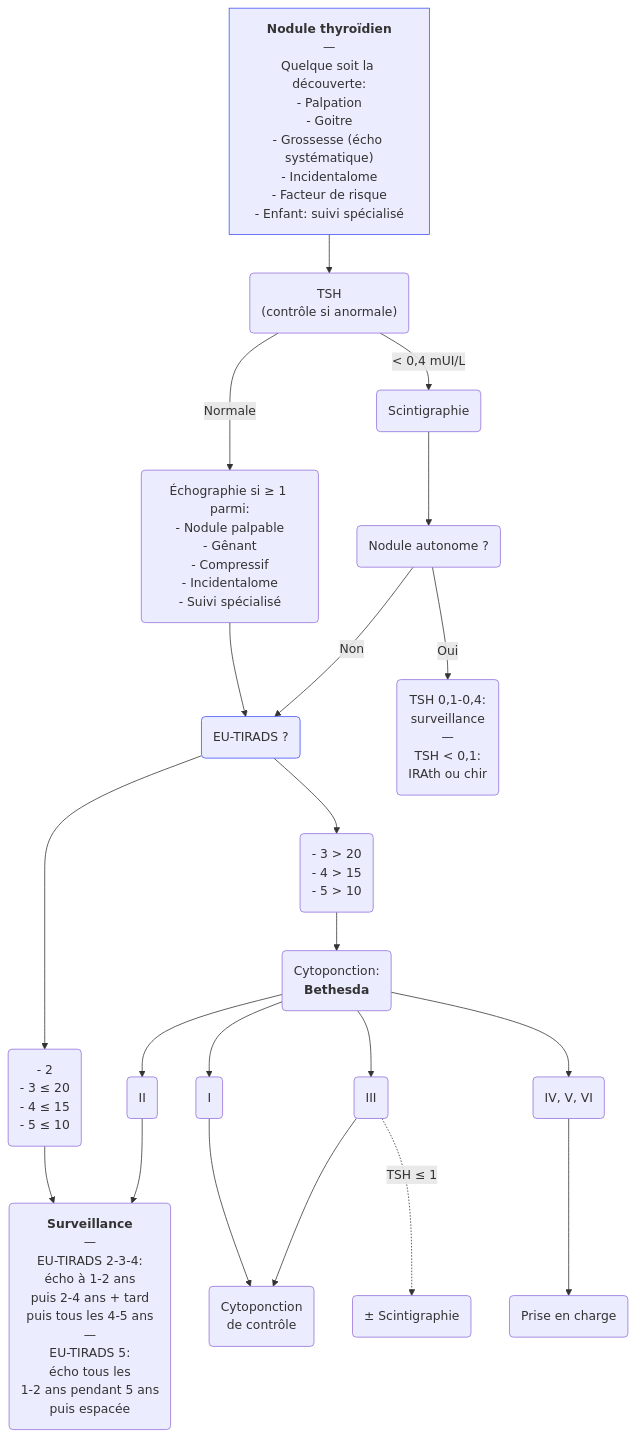
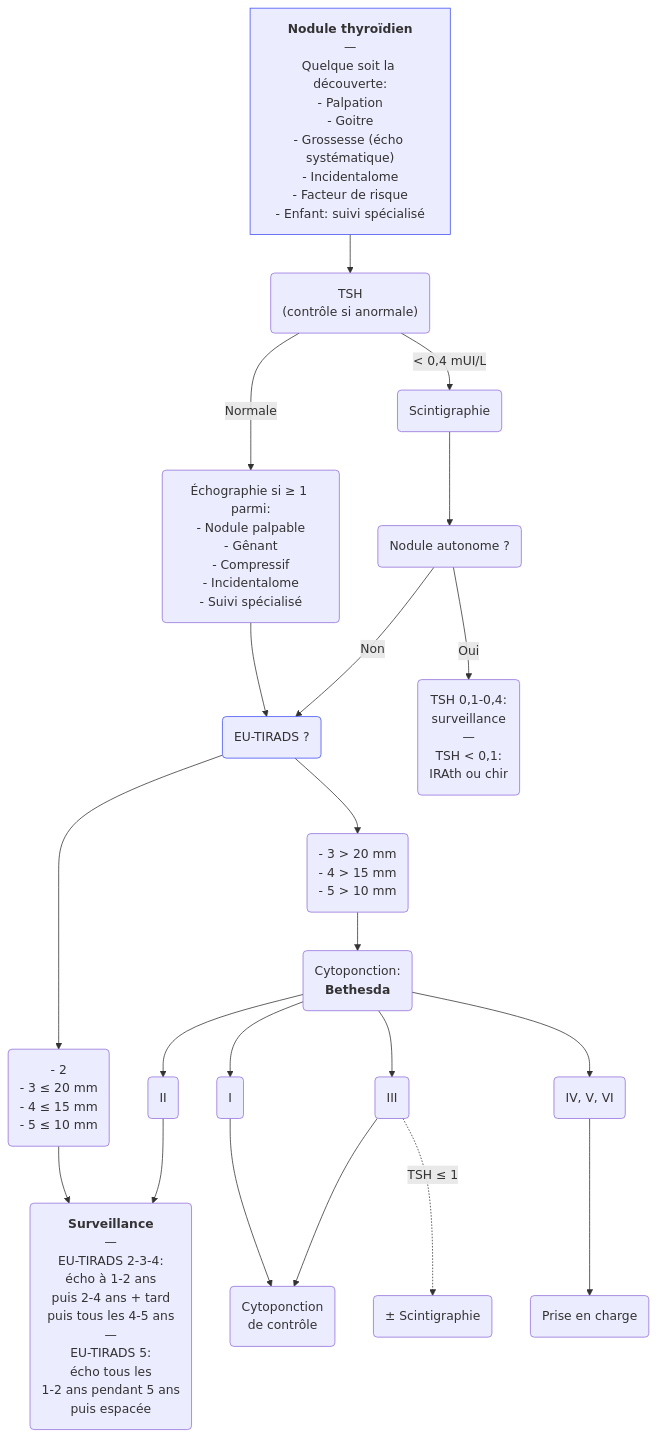
Before and after one commit to djibe/recommandations-medicales: the diagram in content/recommandations/nodule-thyroidien.md, drawn with Mermaid. The commit also changed other lines of this file and 6 other files, not shown here.

```diff
--- a/content/recommandations/nodule-thyroidien.md
+++ b/content/recommandations/nodule-thyroidien.md
@@ -347,20 +348,20 @@
 {{< mermaid title="Prise en charge d'un nodule thyroïdien. Dr JB Fron d'après SFE / AFCE / SFMN 2022" >}}
 graph TB
 accTitle: Prise en charge d'un nodule thyroïdien d'après SFE/AFCE/SFMN 2022
   clinique["<b>Nodule thyroïdien</b><br>—<br>Quelque soit la découverte:<br>- Palpation<br>- Goitre<br>- Grossesse (écho systématique)<br>- Incidentalome<br>- Facteur de risque<br>- Enfant: suivi spécialisé"] --> TSH("TSH<br>(contrôle si anormale)")
   style clinique stroke:#4150f5, stroke-width:1px
   TSH -- Normale --> échographie("Échographie si ≥ 1 parmi:<br>- Nodule palpable<br>- Gênant<br>- Compressif<br>- Incidentalome<br>- Suivi spécialisé")
     échographie --> TIRADS(EU-TIRADS ?)
     style TIRADS stroke:#4150f5, stroke-width:1px
-      TIRADS --> bas("- 2<br>- 3 ≤ 20<br>- 4 ≤ 15<br>- 5 ≤ 10") --> surveillance
-      TIRADS --> intermédiaire("- 3 &gt; 20<br>- 4 &gt; 15<br>- 5 &gt; 10") --> cytoponction("Cytoponction:<br><b>Bethesda</b>")
+      TIRADS --> bas("- 2<br>- 3 ≤ 20 mm<br>- 4 ≤ 15 mm<br>- 5 ≤ 10 mm") --> surveillance
+      TIRADS --> intermédiaire("- 3 &gt; 20 mm<br>- 4 &gt; 15 mm<br>- 5 &gt; 10 mm") --> cytoponction("Cytoponction:<br><b>Bethesda</b>")
         cytoponction --> 2(II) --> surveillance("<b>Surveillance</b><br>—<br>EU-TIRADS 2-3-4:<br>écho à 1-2 ans<br>puis 2-4 ans + tard<br>puis tous les 4-5 ans<br>—<br>EU-TIRADS 5:<br>écho tous les<br>1-2 ans pendant 5 ans<br>puis espacée")
         cytoponction --> 1(I) --> contrôle(Cytoponction<br>de contrôle)
         cytoponction --> 3(III) --> contrôle
           3 -. "TSH ≤ 1" .-> envisager("± Scintigraphie")
         cytoponction --> autres(IV, V, VI) --> pec(Prise en charge)
     TSH -- "&lt; 0,4 mUI/L" --> scintigraphie(Scintigraphie)
       scintigraphie --> autonome(Nodule autonome ?)
         autonome -- Non --> TIRADS
         autonome -- Oui --> Hyperthyroidie("TSH 0,1-0,4:<br>surveillance<br>—<br>TSH &lt; 0,1:<br>IRAth ou chir")
 {{< /mermaid >}}
```
